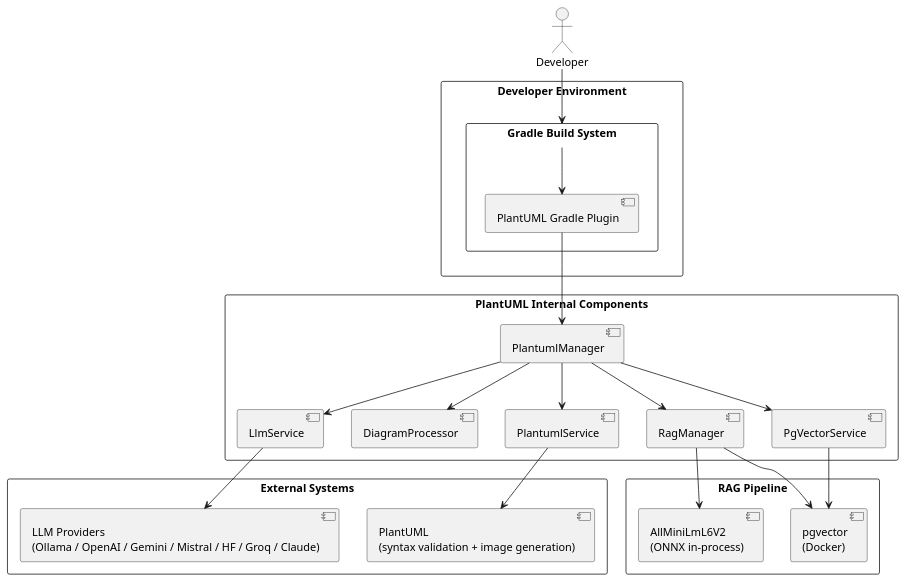
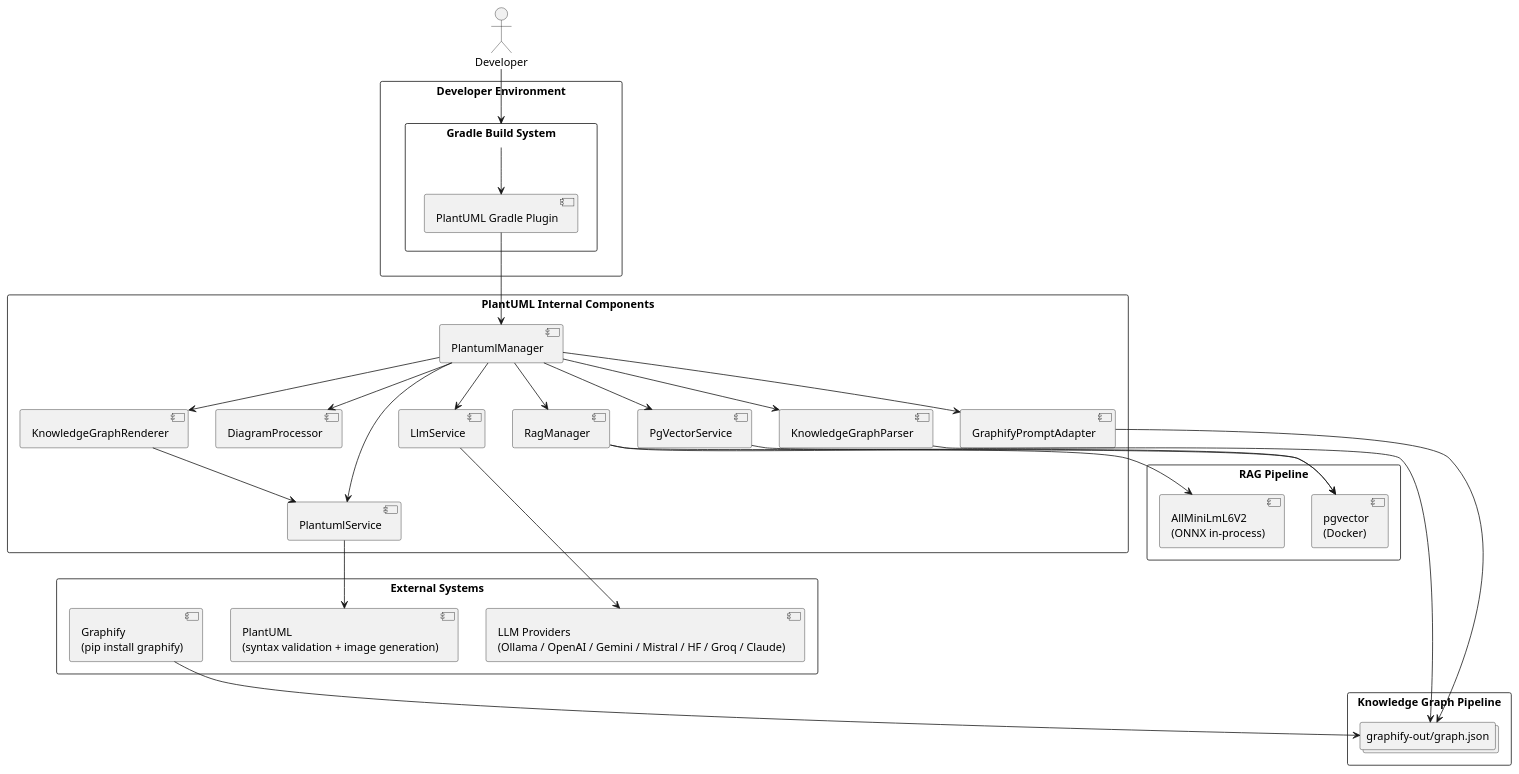
The fourth of 5 diagrams in plantuml-plugin/README_truth.adoc (cheroliv/plantuml-gradle), drawn with PlantUML before and after one commit. The commit also changed other lines of this file and 4 other files, not shown here.

First line of the commit message:
docs: update architecture diagrams with Knowledge Graph components + add discord message

```diff
--- a/plantuml-plugin/README_truth.adoc
+++ b/plantuml-plugin/README_truth.adoc
@@ -882,48 +882,65 @@
 [plantuml]
 ----
 @startuml
 actor Developer
 
 rectangle "Developer Environment" {
   rectangle "Gradle Build System" {
     component "PlantUML Gradle Plugin"
   }
 }
 
 rectangle "PlantUML Internal Components" {
   component "PlantumlManager"
   component "LlmService"
   component "DiagramProcessor"
   component "PlantumlService"
   component "RagManager"
   component "PgVectorService"
+  component "KnowledgeGraphParser"
+  component "KnowledgeGraphRenderer"
+  component "GraphifyPromptAdapter"
 }
 
 rectangle "RAG Pipeline" {
   component "AllMiniLmL6V2\n(ONNX in-process)"
   component "pgvector\n(Docker)"
 }
 
+rectangle "Knowledge Graph Pipeline" {
+  collections "graphify-out/graph.json" as KGJSON
+}
+
 rectangle "External Systems" {
   component "LLM Providers\n(Ollama / OpenAI / Gemini / Mistral / HF / Groq / Claude)"
   component "PlantUML\n(syntax validation + image generation)"
+  component "Graphify\n(pip install graphify)"
 }
 
 Developer --> "Gradle Build System"
 "Gradle Build System" --> "PlantUML Gradle Plugin"
 
 "PlantUML Gradle Plugin" --> "PlantumlManager"
 "PlantumlManager" --> "LlmService"
 "PlantumlManager" --> "DiagramProcessor"
 "PlantumlManager" --> "PlantumlService"
 "PlantumlManager" --> "RagManager"
 "PlantumlManager" --> "PgVectorService"
+"PlantumlManager" --> "KnowledgeGraphParser"
+"PlantumlManager" --> "KnowledgeGraphRenderer"
+"PlantumlManager" --> "GraphifyPromptAdapter"
 
 "RagManager" --> "AllMiniLmL6V2\n(ONNX in-process)"
 "RagManager" --> "pgvector\n(Docker)"
 "PgVectorService" --> "pgvector\n(Docker)"
 
+"KnowledgeGraphParser" --> KGJSON
+"KnowledgeGraphRenderer" --> "PlantumlService"
+"GraphifyPromptAdapter" --> KGJSON
+
+"Graphify\n(pip install graphify)" --> KGJSON
+
 "LlmService" --> "LLM Providers\n(Ollama / OpenAI / Gemini / Mistral / HF / Groq / Claude)"
 "PlantumlService" --> "PlantUML\n(syntax validation + image generation)"
 @enduml
 ----
```
